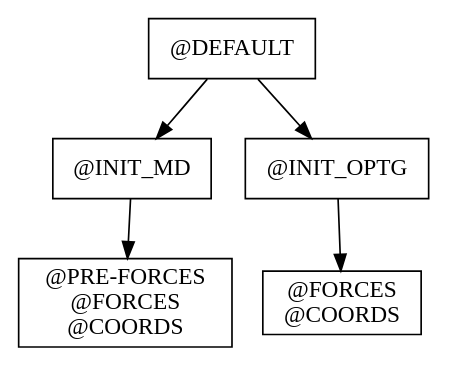
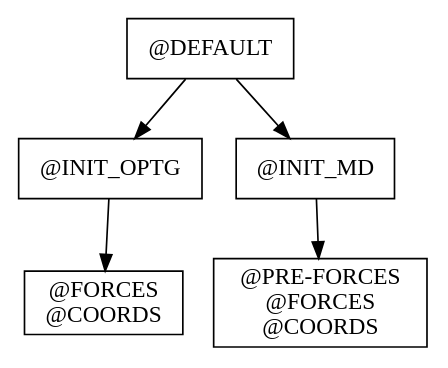
Before and after one commit to MolSSI-MDI/MDI_lammps: the diagram in report/graphs/node-report.gv, drawn with Graphviz. The commit also changed other lines of this file and 2 other files, not shown here.

```diff
--- a/report/graphs/node-report.gv
+++ b/report/graphs/node-report.gv
@@ -1,15 +1,15 @@
 // Node Report
 digraph {
-	"@INIT_MD" [label="@INIT_MD" shape=box]
+	"@INIT_OPTG_" [label="@FORCES
+@COORDS" shape=box]
 	"@INIT_OPTG" [label="@INIT_OPTG" shape=box]
 	"@INIT_MD_" [label="@PRE-FORCES
 @FORCES
 @COORDS" shape=box]
-	"@INIT_OPTG_" [label="@FORCES
-@COORDS" shape=box]
+	"@INIT_MD" [label="@INIT_MD" shape=box]
 	"@DEFAULT" [label="@DEFAULT" shape=box]
 	"@DEFAULT" -> "@INIT_OPTG"
 	"@DEFAULT" -> "@INIT_MD"
+	"@INIT_OPTG" -> "@INIT_OPTG_"
 	"@INIT_MD" -> "@INIT_MD_"
-	"@INIT_OPTG" -> "@INIT_OPTG_"
 }
```
